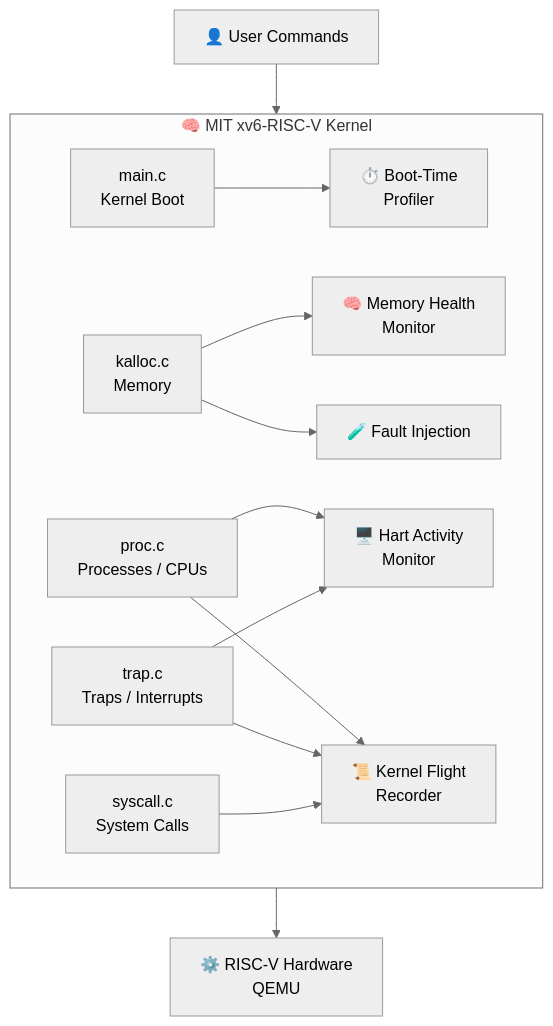
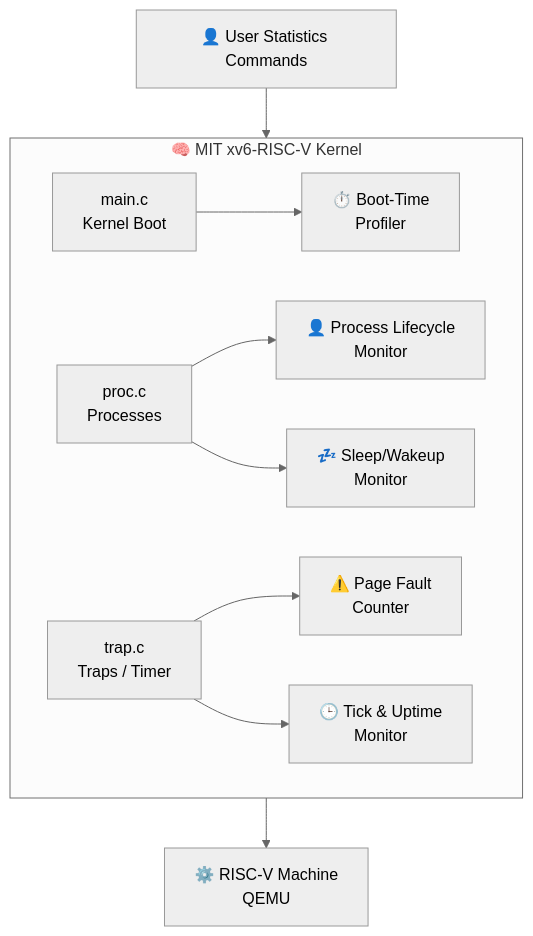
Before and after one commit to haseebniazii/KStats-Lightweight-Kernel-Statistics-for-xv6-RISC-V: the first of 3 diagrams in README.md, drawn with Mermaid (neutral theme). The commit also changed other lines of this file, not shown here.

````diff
--- a/README.md
+++ b/README.md
@@ -39,33 +39,28 @@
 ```mermaid
 flowchart TB
 
-    USER["👤 User Commands"]
+    USER["👤 User Statistics Commands"]
 
     subgraph XV6["🧠 MIT xv6-RISC-V Kernel"]
         MAIN["main.c<br/>Kernel Boot"]
-        KALLOC["kalloc.c<br/>Memory"]
-        PROC["proc.c<br/>Processes / CPUs"]
-        TRAP["trap.c<br/>Traps / Interrupts"]
-        SYSCALL["syscall.c<br/>System Calls"]
+        PROC["proc.c<br/>Processes"]
+        TRAP["trap.c<br/>Traps / Timer"]
 
         BOOT["⏱️ Boot-Time<br/>Profiler"]
-        MEM["🧠 Memory Health<br/>Monitor"]
-        CPU["🖥️ Hart Activity<br/>Monitor"]
-        FLIGHT["📜 Kernel Flight<br/>Recorder"]
-        FAULT["🧪 Fault Injection"]
+        LIFE["👤 Process Lifecycle<br/>Monitor"]
+        SLEEP["💤 Sleep/Wakeup<br/>Monitor"]
+        FAULT["⚠️ Page Fault<br/>Counter"]
+        TICK["🕒 Tick & Uptime<br/>Monitor"]
 
         MAIN --> BOOT
-        KALLOC --> MEM
-        KALLOC --> FAULT
-        PROC --> CPU
-        TRAP --> CPU
-        PROC --> FLIGHT
-        TRAP --> FLIGHT
-        SYSCALL --> FLIGHT
+        PROC --> LIFE
+        PROC --> SLEEP
+        TRAP --> FAULT
+        TRAP --> TICK
     end
 
-    HW["⚙️ RISC-V Hardware<br/>QEMU"]
+    HW["⚙️ RISC-V Machine<br/>QEMU"]
 
     USER --> XV6
     XV6 --> HW
 ```
````
